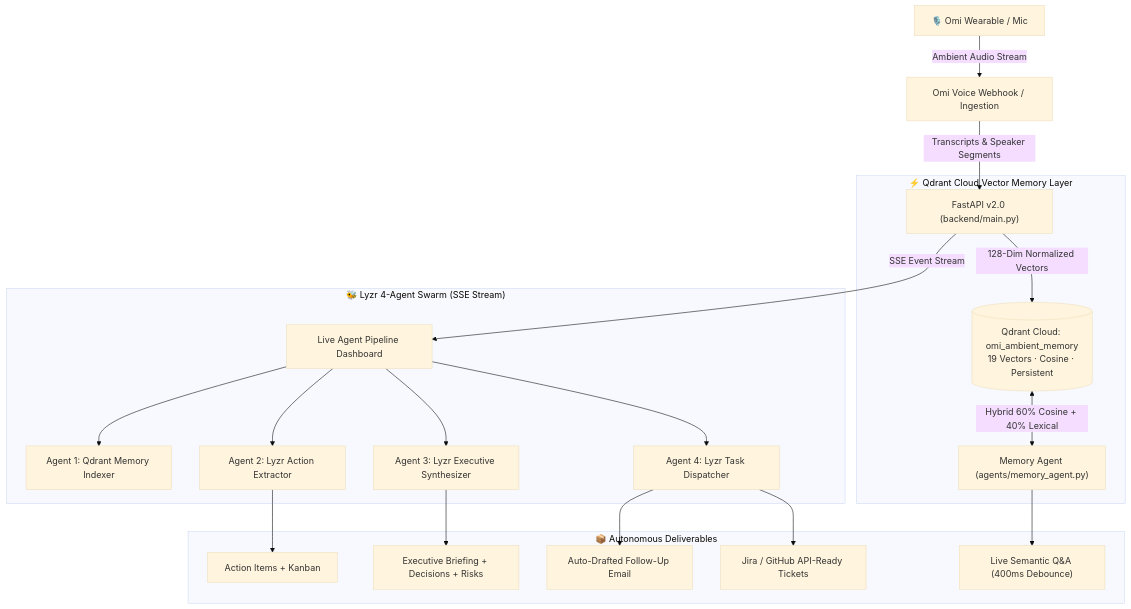
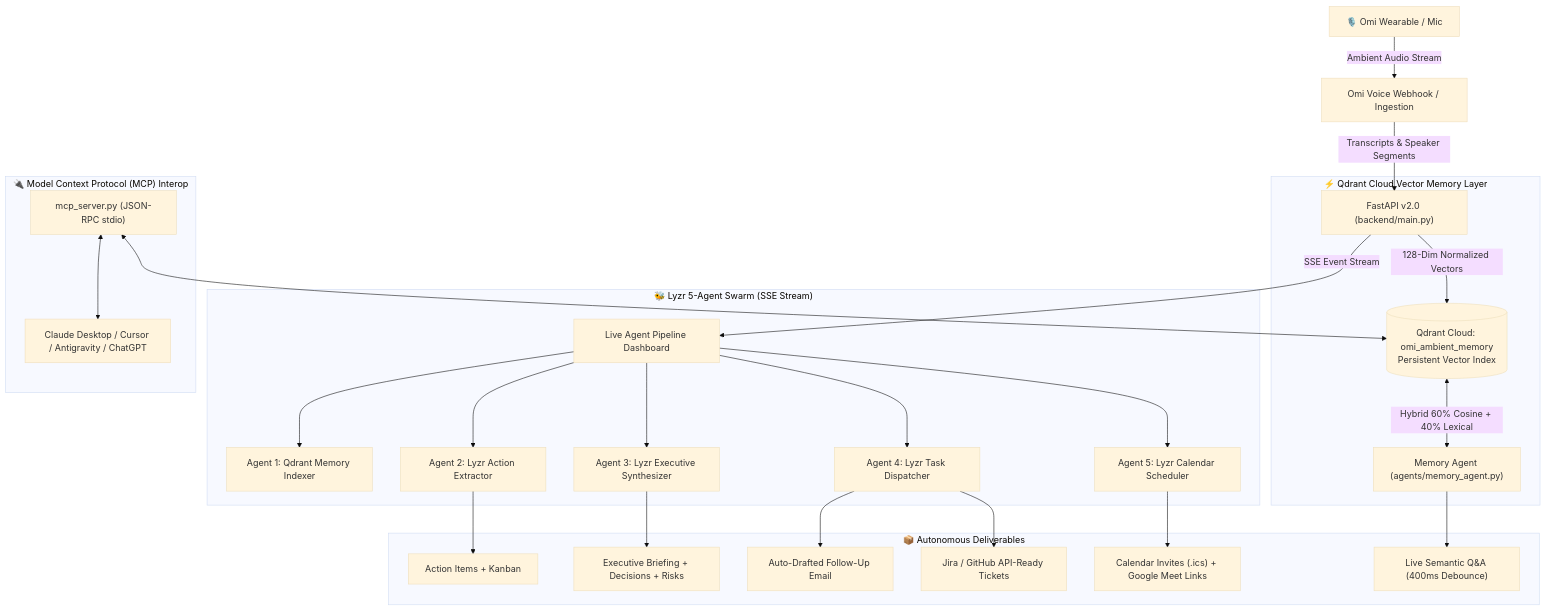
Before and after one commit to masood-mashu/omimind-agent: the diagram in README.md, drawn with Mermaid (base theme). The commit also changed other lines of this file and 11 other files, not shown here.

Commit message:
feat: upgrade to 5-agent swarm with calendar scheduler, native MCP server, and ambient waveform UI

````diff
--- a/README.md
+++ b/README.md
@@ -22,26 +24,33 @@
 ```mermaid
 flowchart TD
     User["🎙️ Omi Wearable / Mic"] -->|Ambient Audio Stream| Omi["Omi Voice Webhook / Ingestion"]
     Omi -->|Transcripts & Speaker Segments| Server["FastAPI v2.0 (backend/main.py)"]
 
     subgraph QDRANT ["⚡ Qdrant Cloud Vector Memory Layer"]
-        Server -->|128-Dim Normalized Vectors| Qdrant[("Qdrant Cloud: omi_ambient_memory<br/>19 Vectors · Cosine · Persistent")]
+        Server -->|128-Dim Normalized Vectors| Qdrant[("Qdrant Cloud: omi_ambient_memory<br/>Persistent Vector Index")]
         Qdrant <-->|Hybrid 60% Cosine + 40% Lexical| MemAgent["Memory Agent (agents/memory_agent.py)"]
     end
 
-    subgraph LYZR ["🐝 Lyzr 4-Agent Swarm (SSE Stream)"]
+    subgraph LYZR ["🐝 Lyzr 5-Agent Swarm (SSE Stream)"]
         Server -->|SSE Event Stream| Stream["Live Agent Pipeline Dashboard"]
         Stream --> A1["Agent 1: Qdrant Memory Indexer"]
         Stream --> A2["Agent 2: Lyzr Action Extractor"]
         Stream --> A3["Agent 3: Lyzr Executive Synthesizer"]
         Stream --> A4["Agent 4: Lyzr Task Dispatcher"]
+        Stream --> A5["Agent 5: Lyzr Calendar Scheduler"]
     end
 
     subgraph OUTPUTS ["📦 Autonomous Deliverables"]
         A2 --> Actions["Action Items + Kanban"]
         A3 --> Dossier["Executive Briefing + Decisions + Risks"]
         A4 --> Email["Auto-Drafted Follow-Up Email"]
         A4 --> Jira["Jira / GitHub API-Ready Tickets"]
+        A5 --> Calendar["Calendar Invites (.ics) + Google Meet Links"]
         MemAgent --> QnA["Live Semantic Q&A (400ms Debounce)"]
     end
+
+    subgraph MCP ["🔌 Model Context Protocol (MCP) Interop"]
+        MCP_Server["mcp_server.py (JSON-RPC stdio)"] <--> Qdrant
+        MCP_Server <--> ExternalAgents["Claude Desktop / Cursor / Antigravity / ChatGPT"]
+    end
 ```
````
